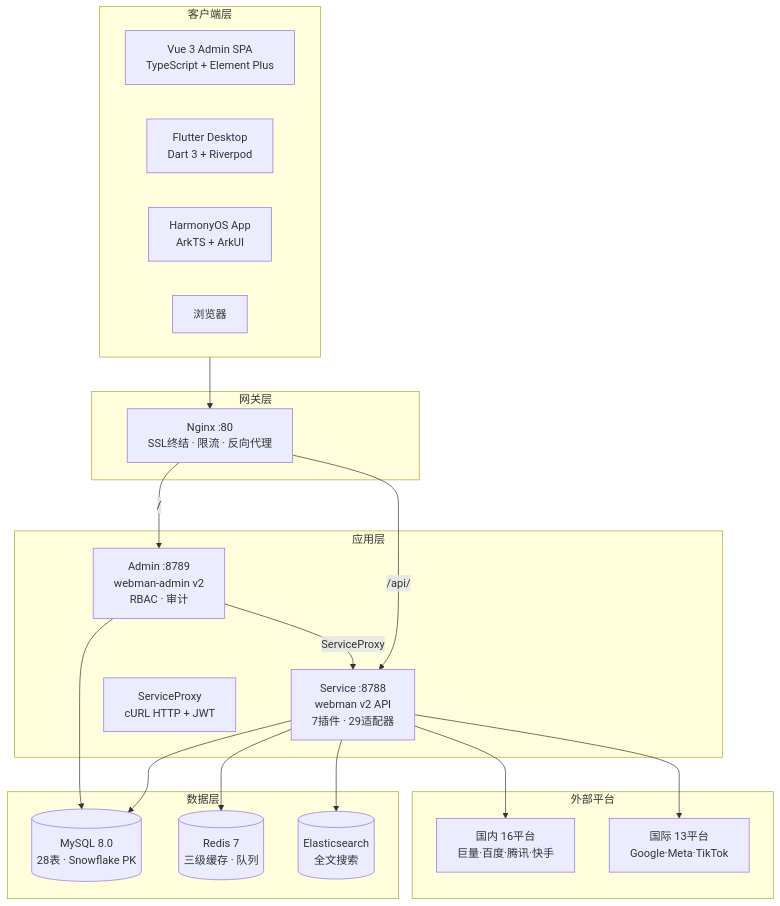
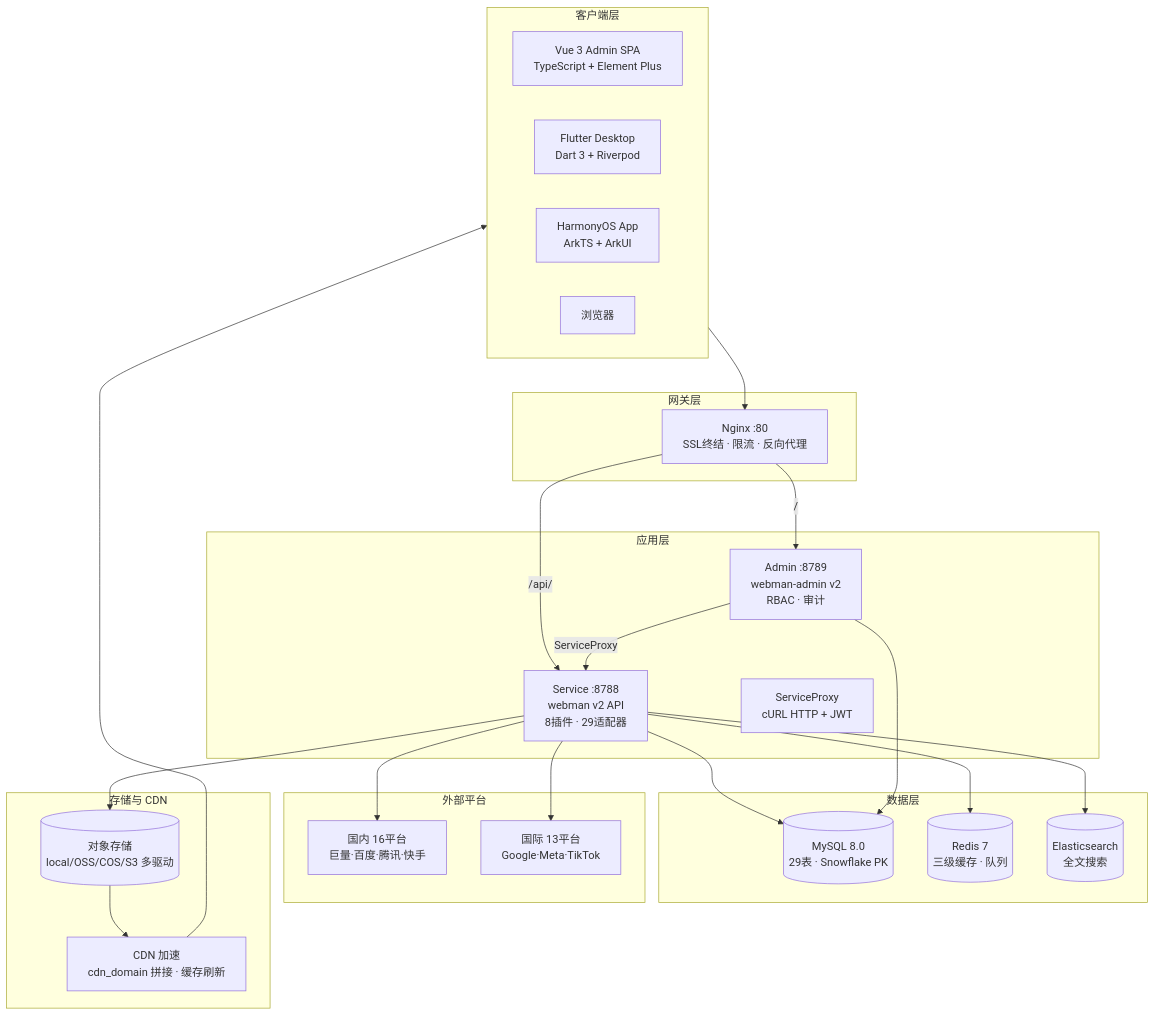
One commit to erikwang2013/ads-php changed the diagram in docs/diagrams/svg/architecture.mmd. Above: the diagram before and after it, drawn with Mermaid. The commit also changed 144 other files, not shown here.

First line of the commit message:
feat(storage): CDN 支持——存储抽象/多驱动/服务商管理/预签名直传/缓存刷新

```diff
--- a/docs/diagrams/svg/architecture.mmd
+++ b/docs/diagrams/svg/architecture.mmd
@@ -1,31 +1,38 @@
 graph TB
     subgraph Clients["客户端层"]
         Vue["Vue 3 Admin SPA<br/>TypeScript + Element Plus"]
         Flutter["Flutter Desktop<br/>Dart 3 + Riverpod"]
         Harmony["HarmonyOS App<br/>ArkTS + ArkUI"]
         Browser["浏览器"]
     end
     subgraph Gateway["网关层"]
         Nginx["Nginx :80<br/>SSL终结 · 限流 · 反向代理"]
     end
     subgraph AppLayer["应用层"]
         Admin["Admin :8789<br/>webman-admin v2<br/>RBAC · 审计"]
-        Service["Service :8788<br/>webman v2 API<br/>7插件 · 29适配器"]
+        Service["Service :8788<br/>webman v2 API<br/>8插件 · 29适配器"]
         ServiceProxy["ServiceProxy<br/>cURL HTTP + JWT"]
     end
     subgraph DataLayer["数据层"]
-        MySQL[("MySQL 8.0<br/>28表 · Snowflake PK")]
+        MySQL[("MySQL 8.0<br/>29表 · Snowflake PK")]
         Redis[("Redis 7<br/>三级缓存 · 队列")]
         ES[("Elasticsearch<br/>全文搜索")]
     end
     subgraph External["外部平台"]
         Domestic["国内 16平台<br/>巨量·百度·腾讯·快手"]
         International["国际 13平台<br/>Google·Meta·TikTok"]
     end
+    subgraph StorageCDN["存储与 CDN"]
+        OSS[("对象存储<br/>local/OSS/COS/S3 多驱动")]
+        CDN["CDN 加速<br/>cdn_domain 拼接 · 缓存刷新"]
+    end
+    Service --> OSS
+    OSS --> CDN
+    CDN --> Clients
     Clients --> Nginx
     Nginx -->|"/"| Admin
     Nginx -->|"/api/"| Service
     Admin -->|ServiceProxy| Service
     Service --> MySQL & Redis & ES
     Service --> Domestic & International
     Admin --> MySQL
```
